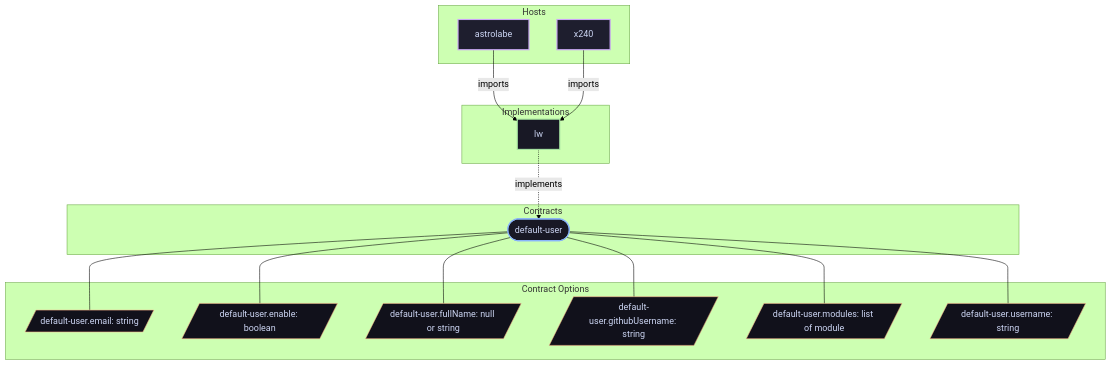
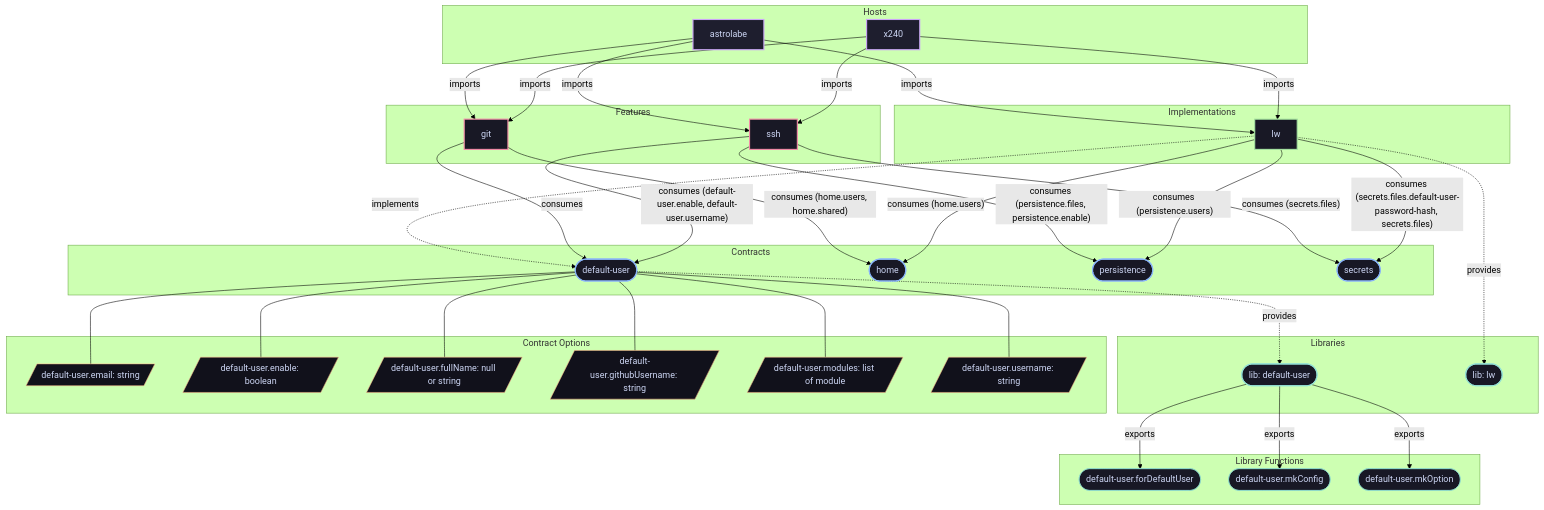
One commit to LW-54/nixconf changed the diagram in docs/contracts/default-user.md. Above: the diagram before and after it, drawn with Mermaid (forest theme). The commit also changed other lines of this file and 66 other files, not shown here.

Commit message:
feat: flake schemas

````diff
--- a/docs/contracts/default-user.md
+++ b/docs/contracts/default-user.md
@@ -15,47 +15,83 @@
 ```mermaid
 flowchart TD
     subgraph Hosts["Hosts"]
         host__astrolabe["astrolabe"]:::hostNode
         host__x240["x240"]:::hostNode
     end
 
     subgraph Contracts["Contracts"]
         contract__default_user(["default-user"]):::contractNode
+        contract__home(["home"]):::contractNode
+        contract__persistence(["persistence"]):::contractNode
+        contract__secrets(["secrets"]):::contractNode
     end
 
     subgraph Implementations["Implementations"]
         impl__lw["lw"]:::implNode
+    end
+
+    subgraph Features["Features"]
+        feature__git["git"]:::featureNode
+        feature__ssh["ssh"]:::featureNode
+    end
+
+    subgraph Libraries["Libraries"]
+        lib__default_user(["lib: default-user"]):::libNode
+        lib__lw(["lib: lw"]):::libNode
     end
 
     subgraph ContractOptions["Contract Options"]
         opt__default_user_email[/"default-user.email: string"/]:::optNode
         opt__default_user_enable[/"default-user.enable: boolean"/]:::optNode
         opt__default_user_fullName[/"default-user.fullName: null or string"/]:::optNode
         opt__default_user_githubUsername[/"default-user.githubUsername: string"/]:::optNode
         opt__default_user_modules[/"default-user.modules: list of module"/]:::optNode
         opt__default_user_username[/"default-user.username: string"/]:::optNode
     end
 
+    subgraph Functions["Library Functions"]
+        fn__default_user_forDefaultUser(["default-user.forDefaultUser"]):::fnNode
+        fn__default_user_mkConfig(["default-user.mkConfig"]):::fnNode
+        fn__default_user_mkOption(["default-user.mkOption"]):::fnNode
+    end
+
 
     host__astrolabe -->|"imports"| impl__lw
+    host__astrolabe -->|"imports"| feature__git
+    host__astrolabe -->|"imports"| feature__ssh
     host__x240 -->|"imports"| impl__lw
+    host__x240 -->|"imports"| feature__git
+    host__x240 -->|"imports"| feature__ssh
     impl__lw -.->|"implements"| contract__default_user
+    feature__git -->|"consumes"| contract__default_user
+    feature__git -->|"consumes (home.users, home.shared)"| contract__home
+    feature__ssh -->|"consumes (default-user.enable, default-user.username)"| contract__default_user
+    feature__ssh -->|"consumes (persistence.files, persistence.enable)"| contract__persistence
+    feature__ssh -->|"consumes (secrets.files)"| contract__secrets
+    impl__lw -->|"consumes (home.users)"| contract__home
+    impl__lw -->|"consumes (persistence.users)"| contract__persistence
+    impl__lw -->|"consumes (secrets.files.default-user-password-hash, secrets.files)"| contract__secrets
+    contract__default_user -.->|"provides"| lib__default_user
+    impl__lw -.->|"provides"| lib__lw
     contract__default_user --- opt__default_user_email
     contract__default_user --- opt__default_user_enable
     contract__default_user --- opt__default_user_fullName
     contract__default_user --- opt__default_user_githubUsername
     contract__default_user --- opt__default_user_modules
     contract__default_user --- opt__default_user_username
+    lib__default_user -->|"exports"| fn__default_user_forDefaultUser
+    lib__default_user -->|"exports"| fn__default_user_mkConfig
+    lib__default_user -->|"exports"| fn__default_user_mkOption
 
 classDef hostNode fill:#1e1e2e,stroke:#cba6f7,stroke-width:2px,color:#cdd6f4;
 classDef contractNode fill:#181825,stroke:#89b4fa,stroke-width:2px,color:#cdd6f4;
 classDef implNode fill:#181825,stroke:#a6e3a1,stroke-width:2px,color:#cdd6f4;
 classDef featureNode fill:#181825,stroke:#f38ba8,stroke-width:2px,color:#cdd6f4;
 classDef libNode fill:#181825,stroke:#94e2d5,stroke-width:2px,color:#cdd6f4;
 classDef optNode fill:#11111b,stroke:#fab387,stroke-width:1px,color:#cdd6f4;
 classDef typeNode fill:#11111b,stroke:#f9e2af,stroke-width:1px,color:#cdd6f4;
 classDef fnNode fill:#181825,stroke:#94e2d5,stroke-width:1px,color:#cdd6f4;
 classDef pkgNode fill:#181825,stroke:#b4befe,stroke-width:1px,color:#cdd6f4;
 classDef shellNode fill:#181825,stroke:#f5c2e7,stroke-width:1px,color:#cdd6f4;
 
 ```
````
